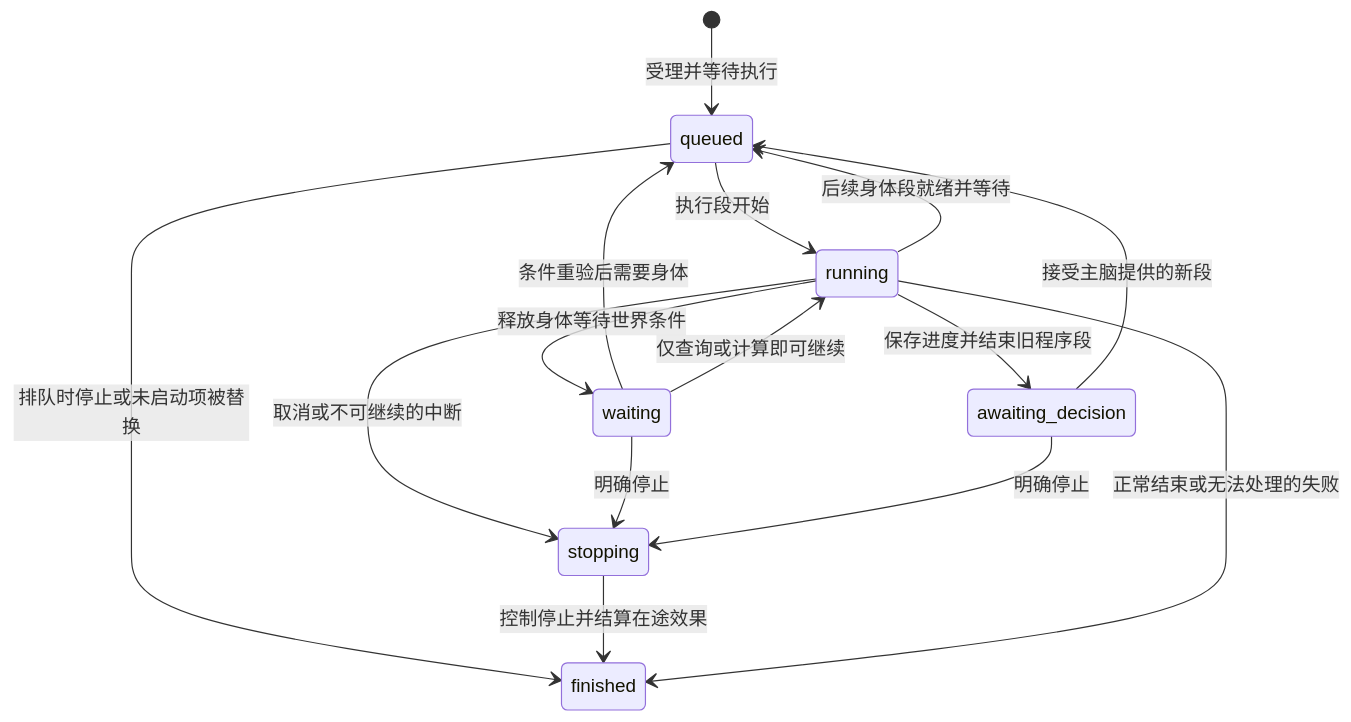
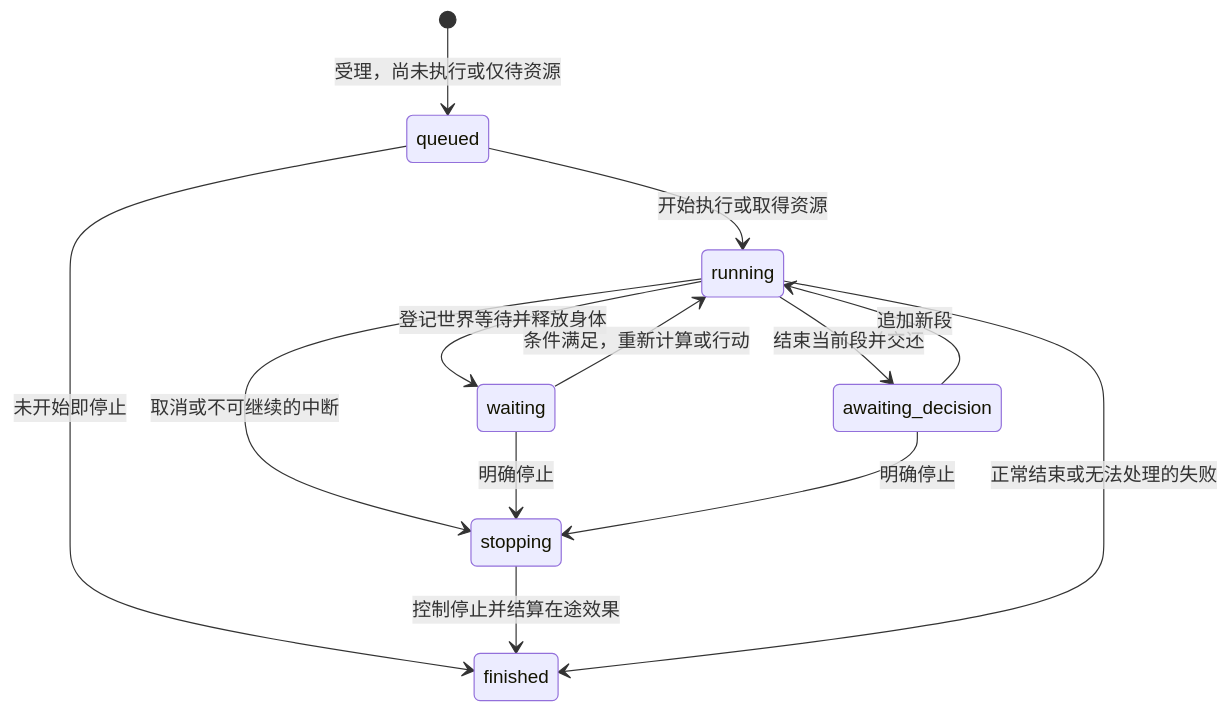
One commit to FanRec/uina-agent changed the second of 2 diagrams in docs/proposals/mc/design.md. Above: the diagram before and after it, drawn with Mermaid. The commit also changed other lines of this file and 4 other files, not shown here.

````diff
--- a/docs/proposals/mc/design.md
+++ b/docs/proposals/mc/design.md
@@ -462,17 +439,15 @@
 ```mermaid
 stateDiagram-v2
-    [*] --> queued: 受理并等待执行
-    queued --> running: 执行段开始
-    running --> queued: 后续身体段就绪并等待
-    running --> waiting: 释放身体等待世界条件
-    waiting --> queued: 条件重验后需要身体
-    waiting --> running: 仅查询或计算即可继续
-    running --> awaiting_decision: 保存进度并结束旧程序段
-    awaiting_decision --> queued: 接受主脑提供的新段
+    [*] --> queued: 受理，尚未执行或仅待资源
+    queued --> running: 开始执行或取得资源
+    running --> waiting: 登记世界等待并释放身体
+    waiting --> running: 条件满足，重新计算或行动
+    running --> awaiting_decision: 结束当前段并交还
+    awaiting_decision --> running: 追加新段
     running --> stopping: 取消或不可继续的中断
     waiting --> stopping: 明确停止
     awaiting_decision --> stopping: 明确停止
-    queued --> finished: 排队时停止或未启动项被替换
+    queued --> finished: 未开始即停止
     stopping --> finished: 控制停止并结算在途效果
     running --> finished: 正常结束或无法处理的失败
 ```
````
